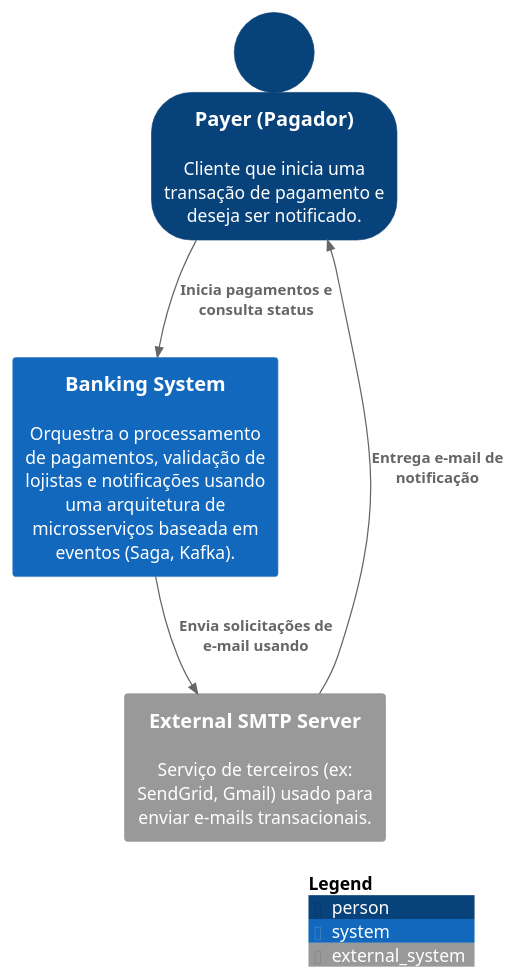
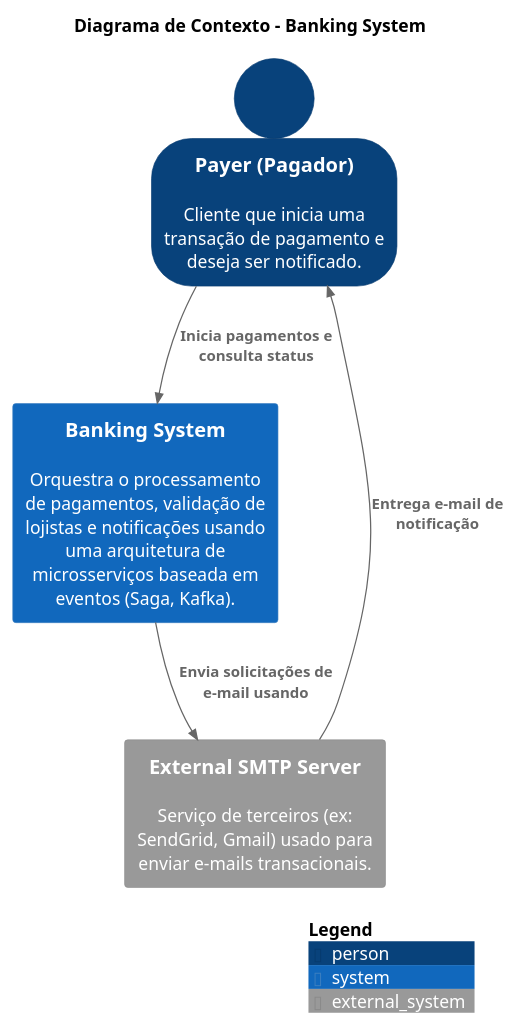
The diagram in Context.puml (PeCandido/BankingSystem-EventDriven-SagaPattern), drawn with PlantUML before and after one commit. The commit also changed 1 other file, not shown here.

Commit message:
docs: C4 model diagrams of Context level and Container level

```diff
--- a/Context.puml
+++ b/Context.puml
@@ -1,16 +1,18 @@
 @startuml
 !include https://raw.githubusercontent.com/plantuml-stdlib/C4-PlantUML/master/C4_Container.puml
 
 SHOW_PERSON_OUTLINE()
+
+title Diagrama de Contexto - Banking System
 
 Person(payer, "Payer (Pagador)", "Cliente que inicia uma transação de pagamento e deseja ser notificado.")
 System_Ext(smtp_server, "External SMTP Server", "Serviço de terceiros (ex: SendGrid, Gmail) usado para enviar e-mails transacionais.")
 System(banking_system, "Banking System", "Orquestra o processamento de pagamentos, validação de lojistas e notificações usando uma arquitetura de microsserviços baseada em eventos (Saga, Kafka).")
 
 Rel(payer, banking_system, "Inicia pagamentos e consulta status")
 Rel(banking_system, smtp_server, "Envia solicitações de e-mail usando")
 Rel(smtp_server, payer, "Entrega e-mail de notificação")
 
 SHOW_LEGEND()
 
 @enduml
```
